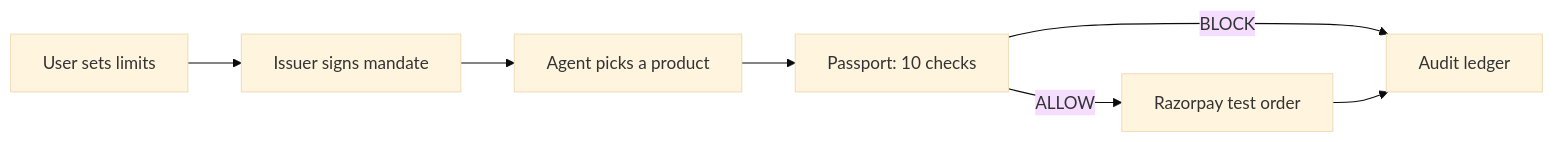
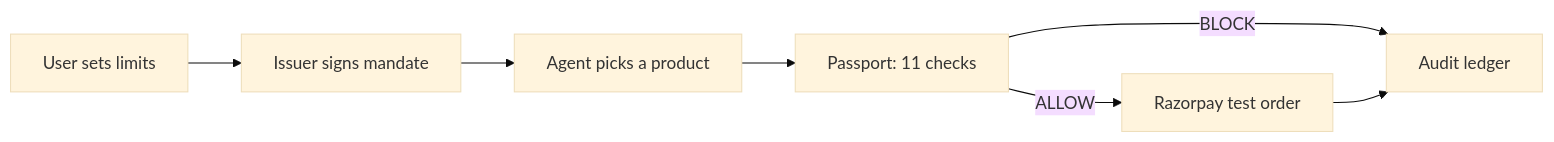
One commit to SonamNath01/agent-passport changed the diagram in README.md. Above: the diagram before and after it, drawn with Mermaid (base theme). The commit also changed other lines of this file and 24 other files, not shown here.

````diff
--- a/README.md
+++ b/README.md
@@ -24,9 +24,9 @@
 ```mermaid
 flowchart LR
     U[User sets limits] --> I[Issuer signs mandate]
     I --> A[Agent picks a product]
-    A --> P["Passport: 10 checks"]
+    A --> P["Passport: 11 checks"]
     P -->|ALLOW| R[Razorpay test order]
     P -->|BLOCK| L[Audit ledger]
     R --> L
 ```
````
